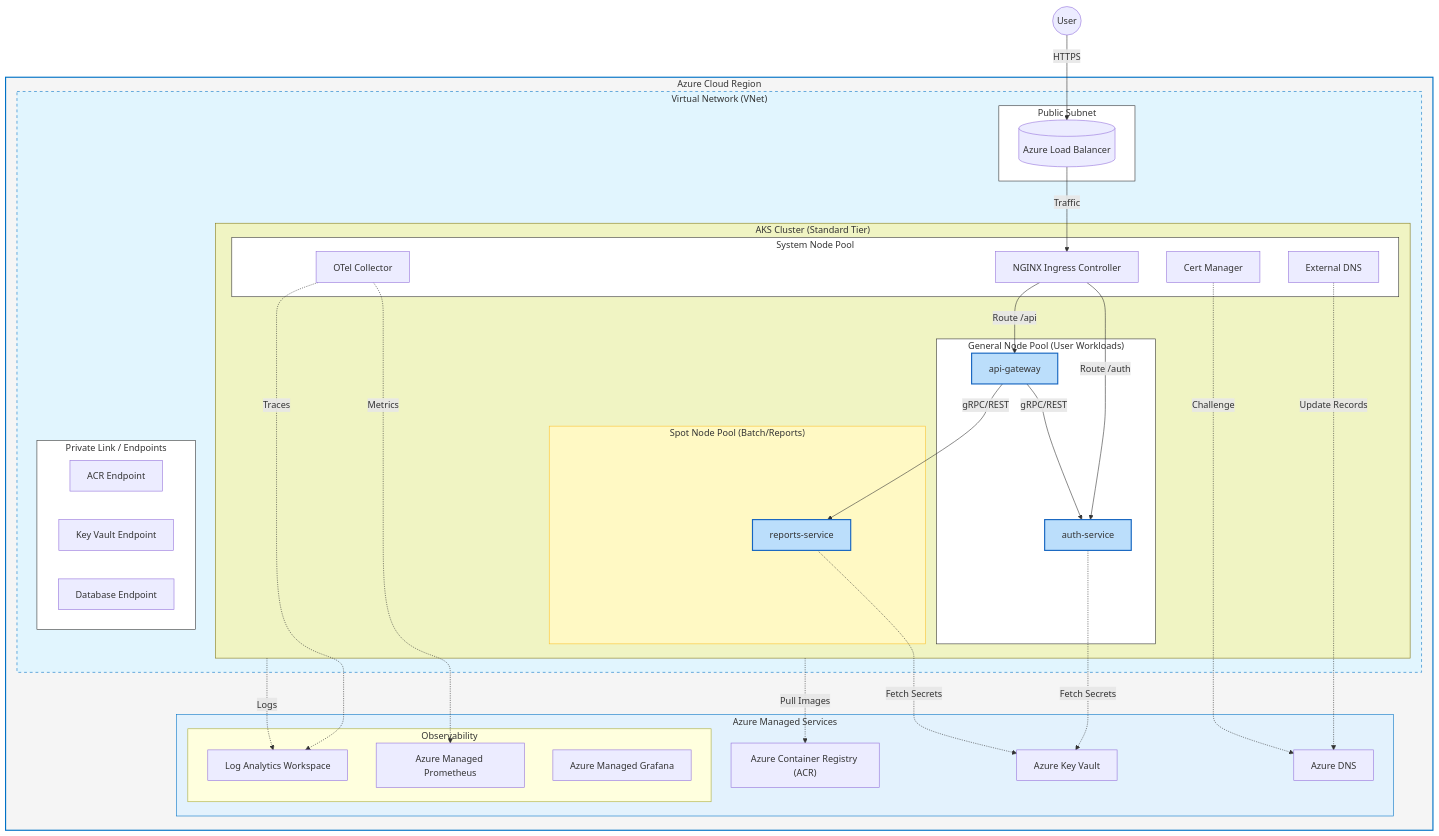
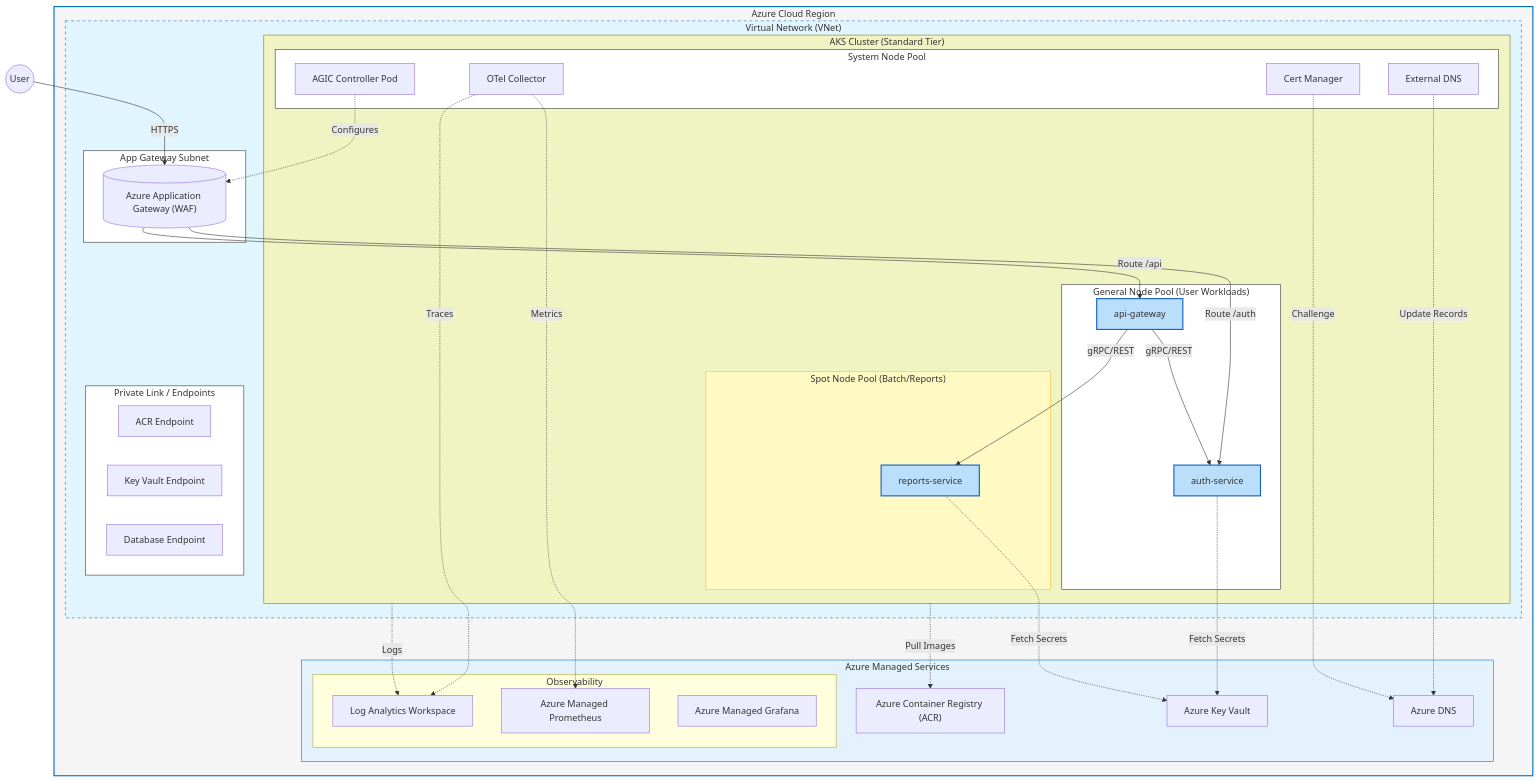
One commit to Yettywemzy41/Project-AKS changed the diagram in architecture_diagram.md. Above: the diagram before and after it, drawn with Mermaid.

```diff
--- a/architecture_diagram.md
+++ b/architecture_diagram.md
@@ -8,9 +8,9 @@
         subgraph VNet ["Virtual Network (VNet)"]
             style VNet fill:#e1f5fe,stroke:#0072C6,stroke-dasharray: 5 5
 
-            subgraph Public_Subnet ["Public Subnet"]
-                style Public_Subnet fill:#ffffff,stroke:#333
-                ALB[("Azure Load Balancer")]
+            subgraph AppGW_Subnet ["App Gateway Subnet"]
+                style AppGW_Subnet fill:#ffffff,stroke:#333
+                AppGateway[("Azure Application Gateway (WAF)")]
             end
 
             subgraph AKS_Cluster ["AKS Cluster (Standard Tier)"]
@@ -18,7 +18,7 @@
                 
                 subgraph System_Node_Pool ["System Node Pool"]
                     style System_Node_Pool fill:#ffffff,stroke:#333
-                    Ingress_Controller["NGINX Ingress Controller"]
+                    AGIC_Pod["AGIC Controller Pod"]
                     Cert_Manager["Cert Manager"]
                     Ext_DNS["External DNS"]
                     Otel_Col["OTel Collector"]
@@ -59,10 +59,12 @@
     end
 
     %% Traffic Flow
-    User((User)) -->|HTTPS| ALB
-    ALB -->|Traffic| Ingress_Controller
-    Ingress_Controller -->|Route /api| API_Gateway
-    Ingress_Controller -->|Route /auth| Auth_Service
+    User((User)) -->|HTTPS| AppGateway
+    AppGateway -->|Route /api| API_Gateway
+    AppGateway -->|Route /auth| Auth_Service
+    
+    %% Control Plane
+    AGIC_Pod -.->|Configures| AppGateway
     
     %% Service Communication
     API_Gateway -->|gRPC/REST| Auth_Service
```
